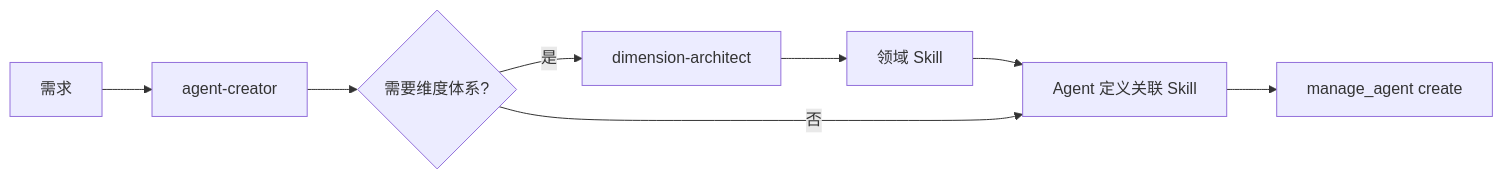
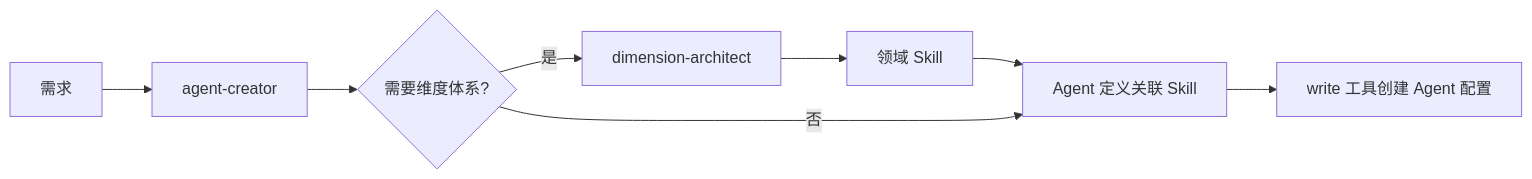
One commit to coobeea/coobee-ai changed the diagram in skills/agent-creator/SKILL.md. Above: the diagram before and after it, drawn with Mermaid. The commit also changed other lines of this file and 6 other files, not shown here.

First line of the commit message:
refactor(tools): convert manage_agent and manage_skill to Skills

````diff
--- a/skills/agent-creator/SKILL.md
+++ b/skills/agent-creator/SKILL.md
@@ -165,10 +248,10 @@
 ```mermaid
 graph LR
   A[需求] --> B[agent-creator]
   B --> C{需要维度体系?}
   C -->|是| D[dimension-architect]
   D --> E[领域 Skill]
   E --> F[Agent 定义关联 Skill]
   C -->|否| F
-  F --> G[manage_agent create]
+  F --> G[write 工具创建 Agent 配置]
 ```
````
